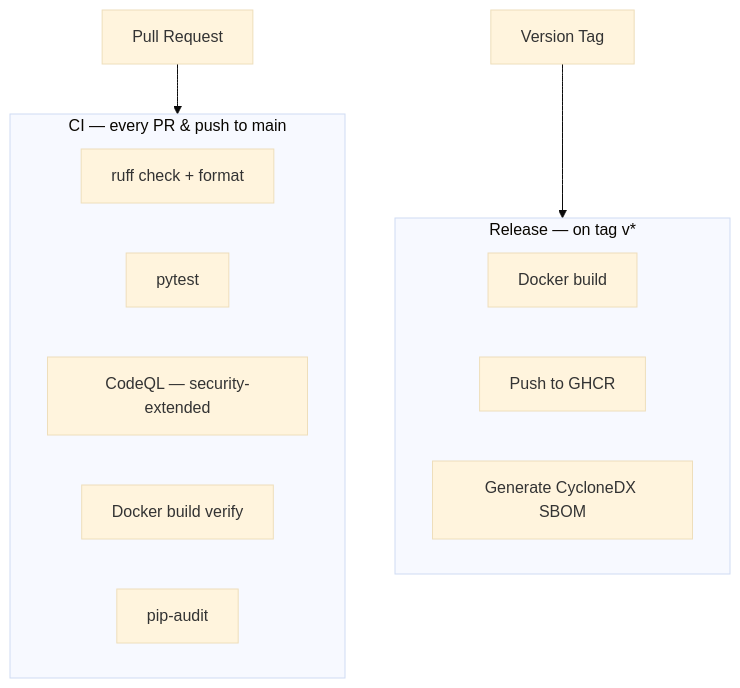
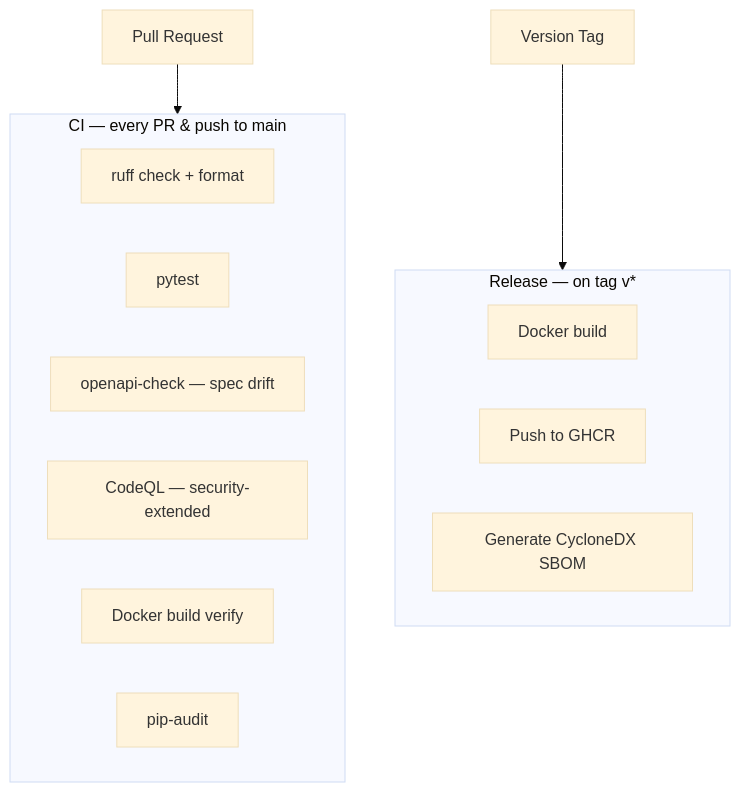
One commit to Rajagopalan-Ranganathan/seclens changed the sixth of 6 diagrams in docs/architecture.md. Above: the diagram before and after it, drawn with Mermaid (base theme). The commit also changed other lines of this file and 6 other files, not shown here.

First line of the commit message:
docs: update all docs with OpenAPI, Makefile, and API field changes

````diff
--- a/docs/architecture.md
+++ b/docs/architecture.md
@@ -418,19 +421,20 @@
 ```mermaid
 flowchart TD
     subgraph ci [CI — every PR & push to main]
         Lint[ruff check + format]
         Test[pytest]
+        OpenAPI[openapi-check — spec drift]
         CodeQL[CodeQL — security-extended]
         Docker[Docker build verify]
         Audit[pip-audit]
     end
 
     subgraph release [Release — on tag v*]
         Build[Docker build]
         Push[Push to GHCR]
         SBOM[Generate CycloneDX SBOM]
     end
 
     PR[Pull Request] --> ci
     Tag[Version Tag] --> release
 ```
````
